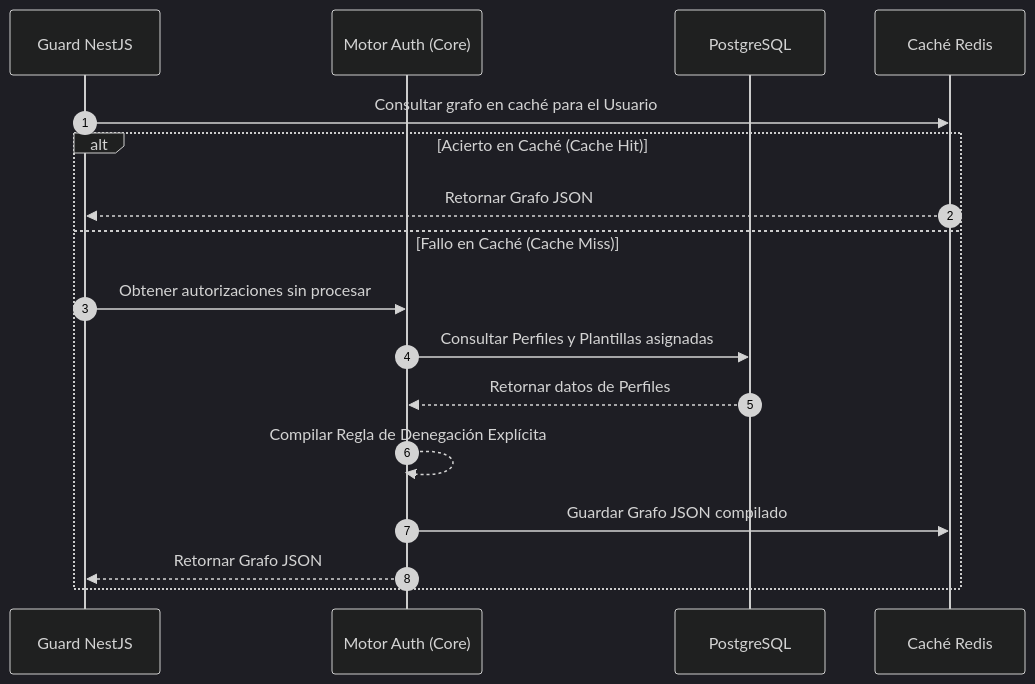
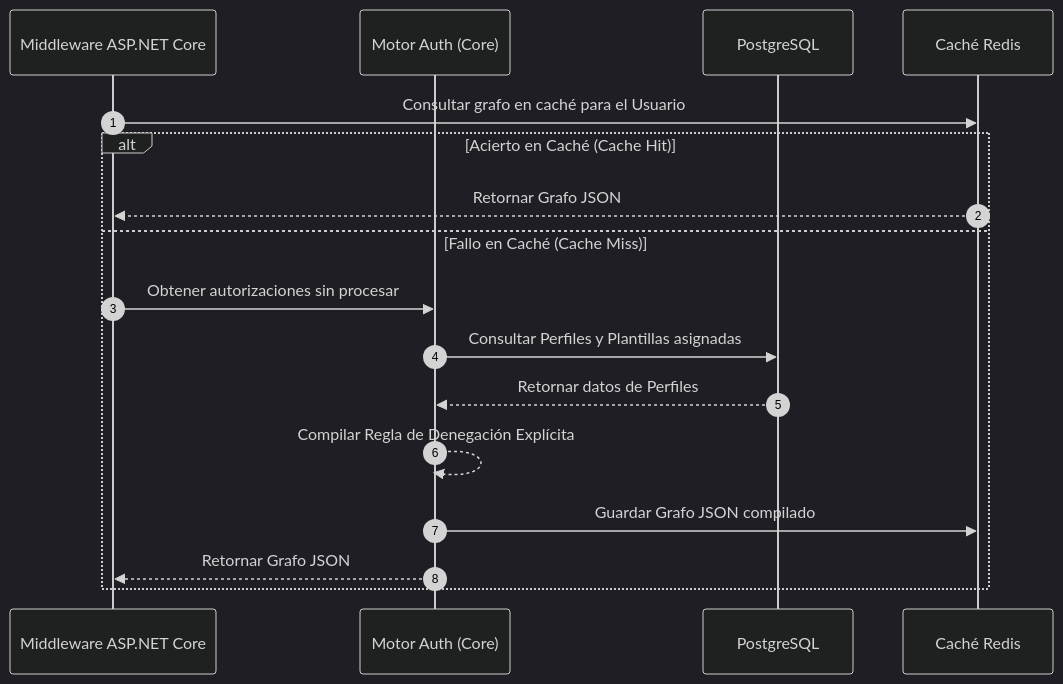
The diagram in src/ums-workspace/docs/es/01-requirements/usecases/uc-02-build-authorization-graph.md (beyondnetcode/ums), drawn with Mermaid (dark theme) before and after one commit. The commit also changed other lines of this file and 27 other files, not shown here.

Commit message:
docs: fix UTF-8 encoding artifacts and update legacy tech stack to .NET 8 / EF Core across all Phase 01 use cases

````diff
--- a/src/ums-workspace/docs/es/01-requirements/usecases/uc-02-build-authorization-graph.md
+++ b/src/ums-workspace/docs/es/01-requirements/usecases/uc-02-build-authorization-graph.md
@@ -20,20 +20,20 @@
 ```mermaid
 sequenceDiagram
     autonumber
-    participant Guard as Guard NestJS
+    participant Guard as Middleware ASP.NET Core
     participant Engine as Motor Auth (Core)
     participant DB as PostgreSQL
     participant Cache as Caché Redis
 
     Guard->>Cache: Consultar grafo en caché para el Usuario
     alt Acierto en Caché (Cache Hit)
         Cache-->>Guard: Retornar Grafo JSON
     else Fallo en Caché (Cache Miss)
         Guard->>Engine: Obtener autorizaciones sin procesar
         Engine->>DB: Consultar Perfiles y Plantillas asignadas
         DB-->>Engine: Retornar datos de Perfiles
         Engine-->>Engine: Compilar Regla de Denegación Explícita
         Engine->>Cache: Guardar Grafo JSON compilado
         Engine-->>Guard: Retornar Grafo JSON
     end
 ```
````
